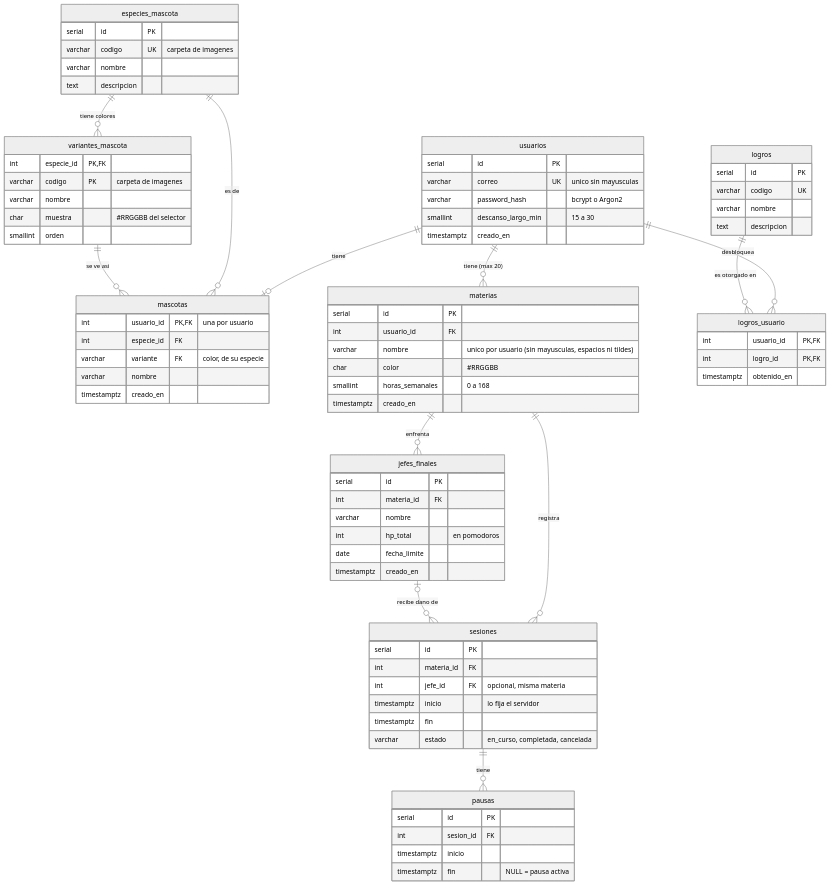
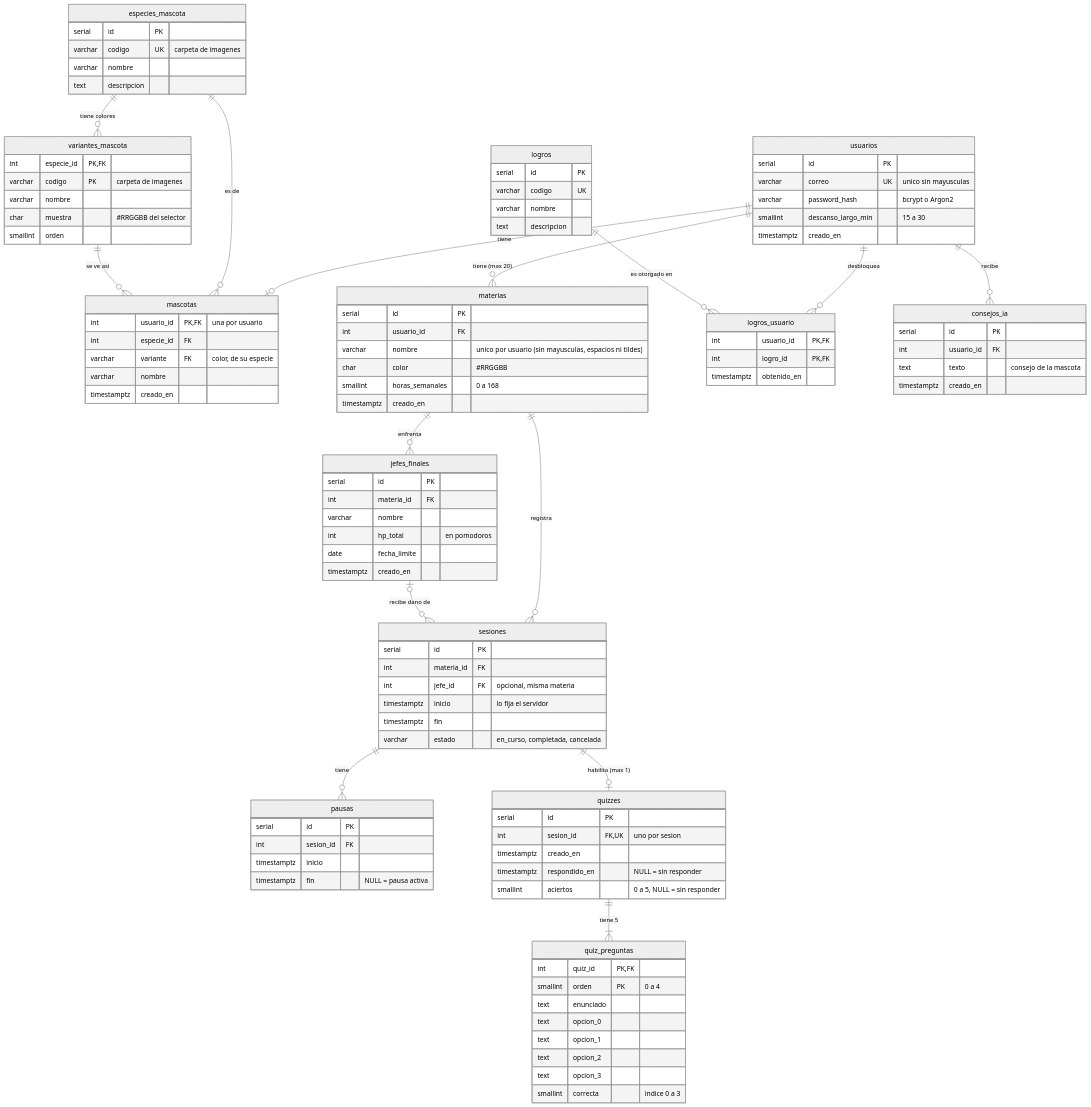
The diagram in docs/modelo-datos.md (You9123/PomoPet), drawn with Mermaid (neutral theme) before and after one commit. The commit also changed other lines of this file and 1 other file, not shown here.

Commit message:
docs: documenta las tablas del coach y del quiz (#38)

````diff
--- a/docs/modelo-datos.md
+++ b/docs/modelo-datos.md
@@ -19,6 +19,9 @@
     materias ||--o{ sesiones : "registra"
     jefes_finales |o--o{ sesiones : "recibe dano de"
     sesiones ||--o{ pausas : "tiene"
+    usuarios ||--o{ consejos_ia : "recibe"
+    sesiones ||--o| quizzes : "habilita (max 1)"
+    quizzes ||--|{ quiz_preguntas : "tiene 5"
 
     usuarios {
         serial id PK
@@ -88,4 +91,27 @@
         int logro_id PK, FK
         timestamptz obtenido_en
     }
+    consejos_ia {
+        serial id PK
+        int usuario_id FK
+        text texto "consejo de la mascota"
+        timestamptz creado_en
+    }
+    quizzes {
+        serial id PK
+        int sesion_id FK, UK "uno por sesion"
+        timestamptz creado_en
+        timestamptz respondido_en "NULL = sin responder"
+        smallint aciertos "0 a 5, NULL = sin responder"
+    }
+    quiz_preguntas {
+        int quiz_id PK, FK
+        smallint orden PK "0 a 4"
+        text enunciado
+        text opcion_0
+        text opcion_1
+        text opcion_2
+        text opcion_3
+        smallint correcta "indice 0 a 3"
+    }
 ```
````
